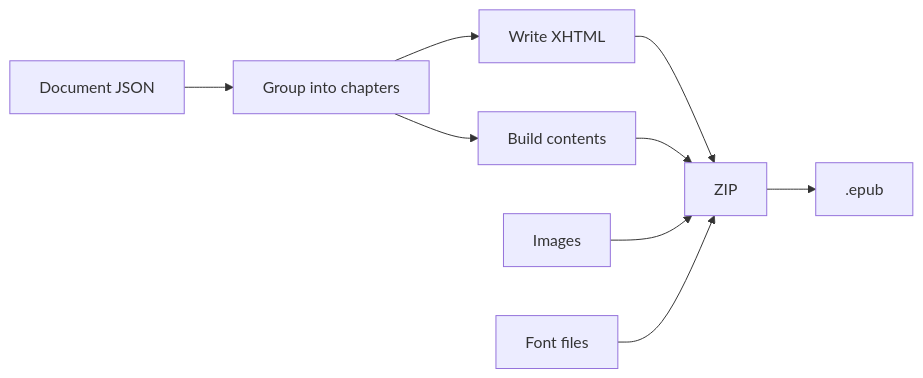
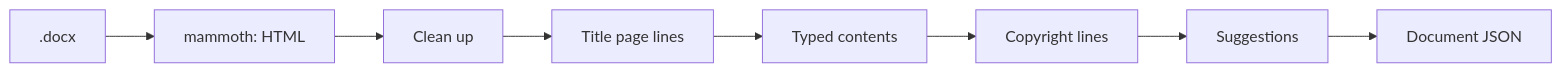
One commit to gaiaengineer/mini-web-editor changed the second of 2 diagrams in README.md. Above: the diagram before and after it, drawn with Mermaid. The commit also changed other lines of this file and 27 other files, not shown here.

````diff
--- a/README.md
+++ b/README.md
@@ -324,11 +264,10 @@
 ```mermaid
 flowchart LR
-    A[Document JSON] --> B[Group into chapters]
-    B --> C[Write XHTML]
-    B --> D[Build contents]
-    C --> E[ZIP]
-    D --> E
-    F[Images] --> E
-    G[Font files] --> E
-    E --> H[.epub]
+    A[.docx] --> B[mammoth: HTML]
+    B --> C[Clean up]
+    C --> D[Title page lines]
+    D --> E[Typed contents]
+    E --> F[Copyright lines]
+    F --> G[Suggestions]
+    G --> H[Document JSON]
 ```
````
